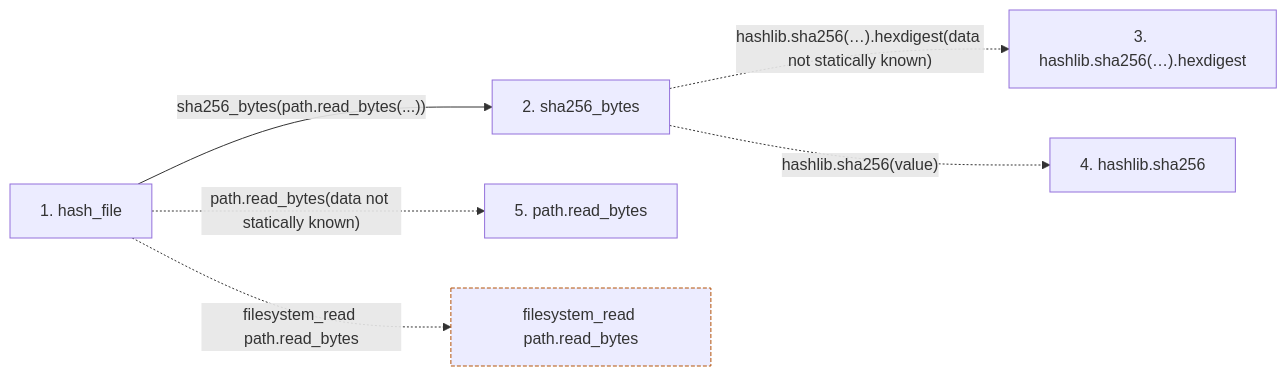
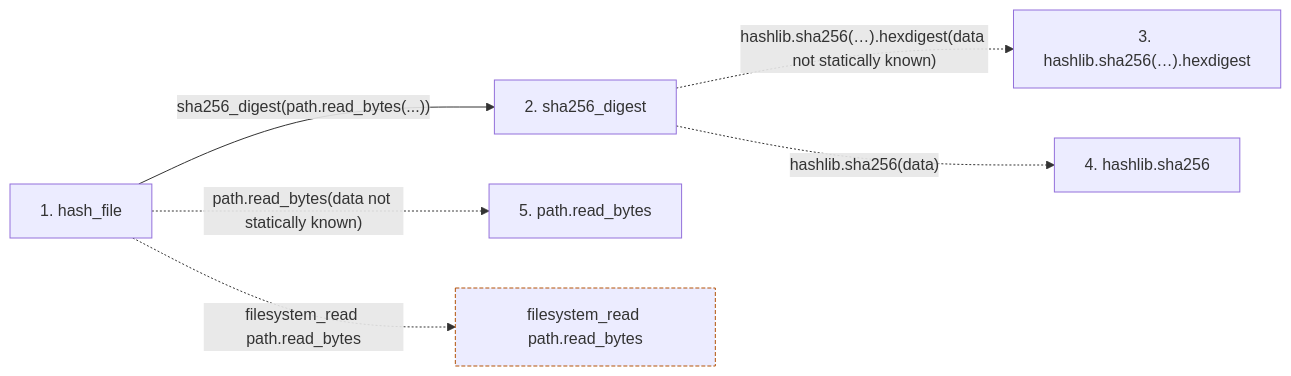
Before and after one commit to Denissvgn/python-wiki-llm: the second of 2 diagrams in docs/llm_wiki/flows/api-hash_file-knowledge_evidence.md, drawn with Mermaid. The commit also changed other lines of this file and 1555 other files, not shown here.

````diff
--- a/docs/llm_wiki/flows/api-hash_file-knowledge_evidence.md
+++ b/docs/llm_wiki/flows/api-hash_file-knowledge_evidence.md
@@ -42,18 +42,18 @@
 ```mermaid
 flowchart LR
     s1["1. hash_file"]
-    s2["2. sha256_bytes"]
+    s2["2. sha256_digest"]
     s3["3. hashlib.sha256(…).hexdigest"]
     s4["4. hashlib.sha256"]
     s5["5. path.read_bytes"]
-    s1 -->|"sha256_bytes(path.read_bytes(...))"| s2
+    s1 -->|"sha256_digest(path.read_bytes(...))"| s2
     s2 -. "hashlib.sha256(…).hexdigest(data not statically known)" .-> s3
-    s2 -. "hashlib.sha256(value)" .-> s4
+    s2 -. "hashlib.sha256(data)" .-> s4
     s1 -. "path.read_bytes(data not statically known)" .-> s5
     b0["filesystem_read path.read_bytes"]
     s1 -. "filesystem_read path.read_bytes" .-> b0
     click s1 "../modules/knowledge_evidence.md"
-    click s2 "../modules/knowledge_evidence.md"
+    click s2 "../modules/canonical_json.md"
     classDef boundary stroke:#b45309,stroke-dasharray: 4 2
     class b0 boundary
 ```
````
